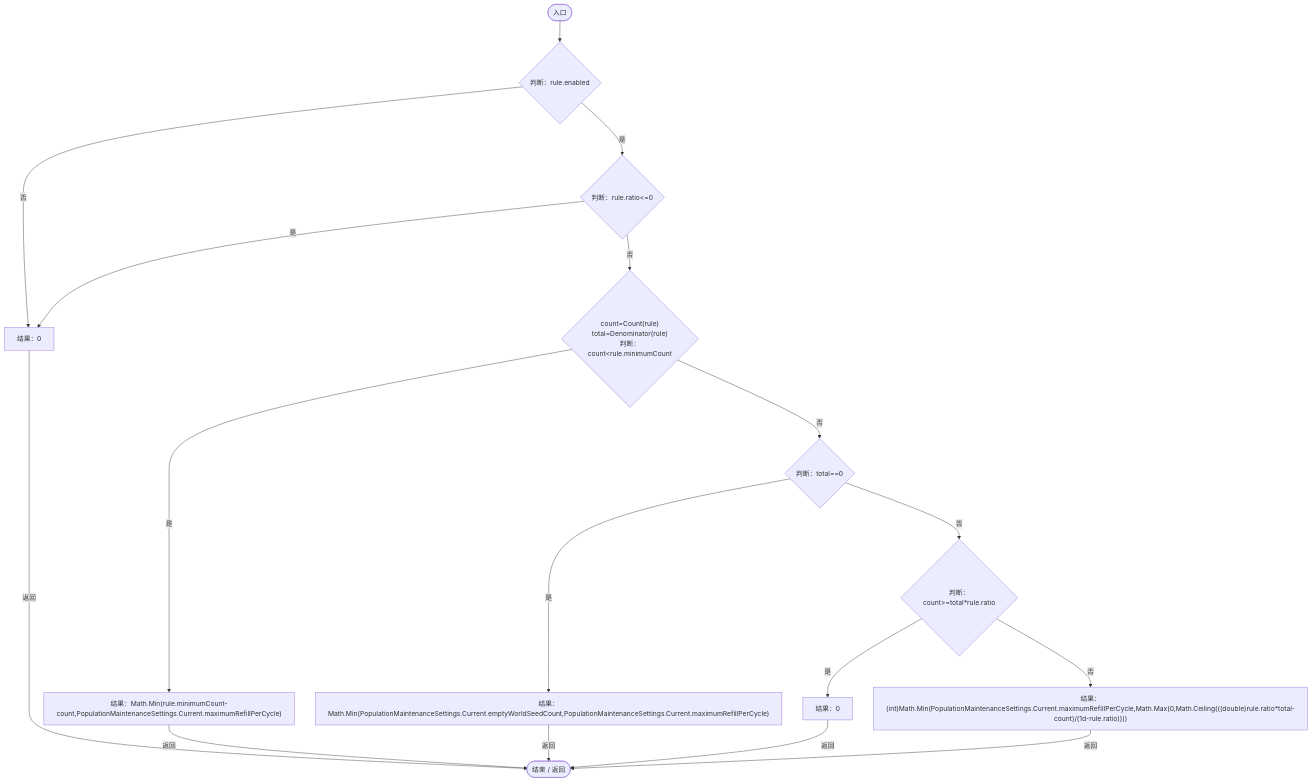
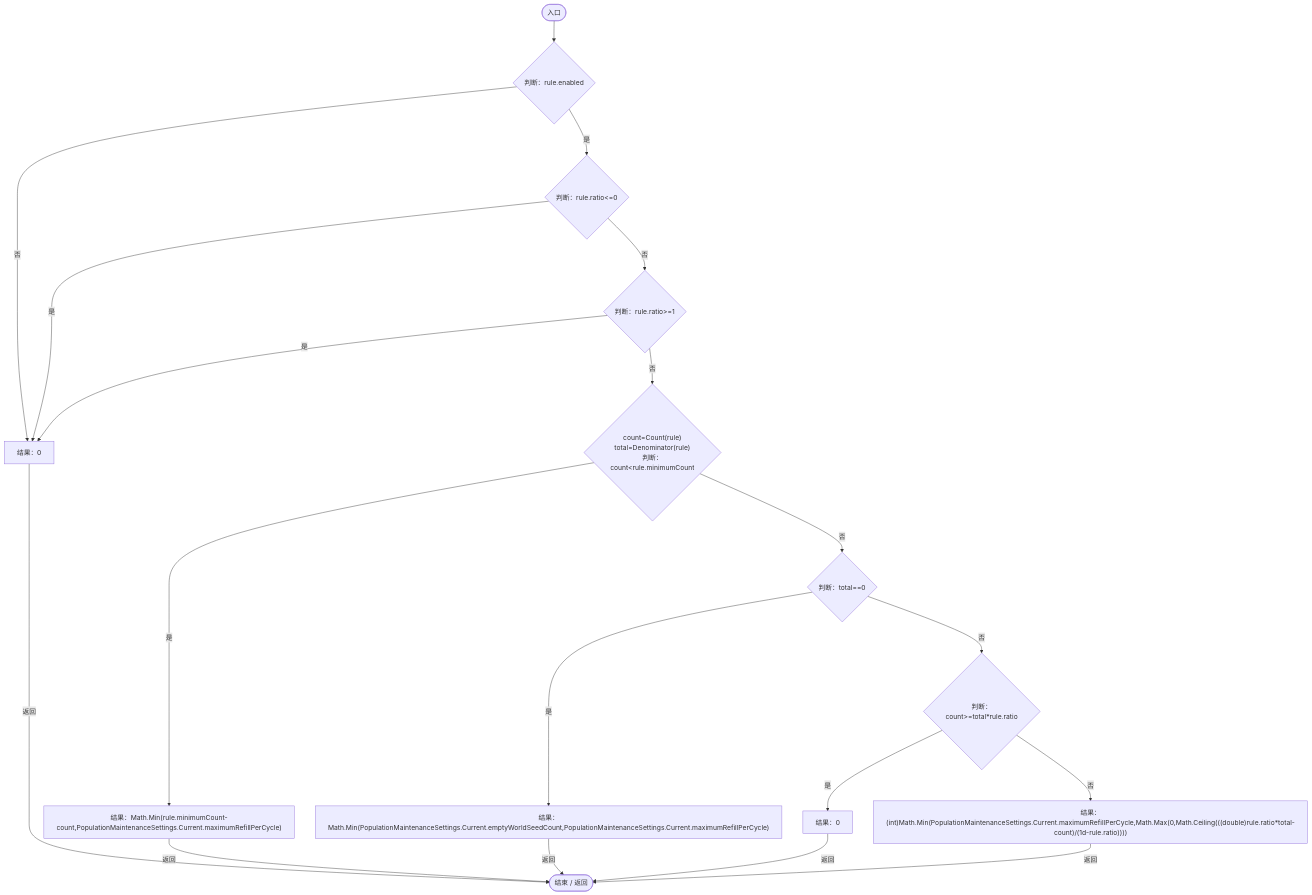
Diagram 20 of 36 in Docs/运行流程图/脚本/923ccc4e86c4786c.md (xhs6666/Darwin_paradise), drawn with Mermaid before and after one commit. The commit also changed other lines of this file and 114 other files, not shown here.

First line of the commit message:
Make population ratio control optional and retire automatic refill

````diff
--- a/Docs/运行流程图/脚本/923ccc4e86c4786c.md
+++ b/Docs/运行流程图/脚本/923ccc4e86c4786c.md
@@ -869,32 +869,35 @@
 ```mermaid
 flowchart TD
   b0(["入口"])
   b1{"判断：rule.enabled"}
   b2{"判断：rule.ratio&lt;=0"}
-  b3["结果：0"]
-  b4{"count=Count(rule)<br/>total=Denominator(rule)<br/>判断：count&lt;rule.minimumCount"}
-  b5["结果：Math.Min(rule.minimumCount-count,PopulationMaintenanceSettings.Current.maximumRefillPerCycle)"]
-  b6{"判断：total==0"}
-  b7["结果：Math.Min(PopulationMaintenanceSettings.Current.emptyWorldSeedCount,PopulationMaintenanceSettings.Current.maximumRefillPerCycle)"]
-  b8{"判断：count&gt;=total*rule.ratio"}
-  b9["结果：0"]
-  b10["结果：(int)Math.Min(PopulationMaintenanceSettings.Current.maximumRefillPerCycle,Math.Max(0,Math.Ceiling(((double)rule.ratio*total-count)/(1d-rule.ratio))))"]
-  b11(["结束 / 返回"])
+  b3{"判断：rule.ratio&gt;=1"}
+  b4["结果：0"]
+  b5{"count=Count(rule)<br/>total=Denominator(rule)<br/>判断：count&lt;rule.minimumCount"}
+  b6["结果：Math.Min(rule.minimumCount-count,PopulationMaintenanceSettings.Current.maximumRefillPerCycle)"]
+  b7{"判断：total==0"}
+  b8["结果：Math.Min(PopulationMaintenanceSettings.Current.emptyWorldSeedCount,PopulationMaintenanceSettings.Current.maximumRefillPerCycle)"]
+  b9{"判断：count&gt;=total*rule.ratio"}
+  b10["结果：0"]
+  b11["结果：(int)Math.Min(PopulationMaintenanceSettings.Current.maximumRefillPerCycle,Math.Max(0,Math.Ceiling(((double)rule.ratio*total-count)/(1d-rule.ratio))))"]
+  b12(["结束 / 返回"])
   b0 --> b1
   b1 -->|"是"| b2
-  b1 -->|"否"| b3
-  b2 -->|"是"| b3
-  b2 -->|"否"| b4
-  b3 -->|"返回"| b11
-  b4 -->|"是"| b5
-  b4 -->|"否"| b6
-  b5 -->|"返回"| b11
-  b6 -->|"是"| b7
-  b6 -->|"否"| b8
-  b7 -->|"返回"| b11
-  b8 -->|"是"| b9
-  b8 -->|"否"| b10
-  b9 -->|"返回"| b11
-  b10 -->|"返回"| b11
+  b1 -->|"否"| b4
+  b2 -->|"否"| b3
+  b2 -->|"是"| b4
+  b3 -->|"是"| b4
+  b3 -->|"否"| b5
+  b4 -->|"返回"| b12
+  b5 -->|"是"| b6
+  b5 -->|"否"| b7
+  b6 -->|"返回"| b12
+  b7 -->|"是"| b8
+  b7 -->|"否"| b9
+  b8 -->|"返回"| b12
+  b9 -->|"是"| b10
+  b9 -->|"否"| b11
+  b10 -->|"返回"| b12
+  b11 -->|"返回"| b12
 
 ```
````
